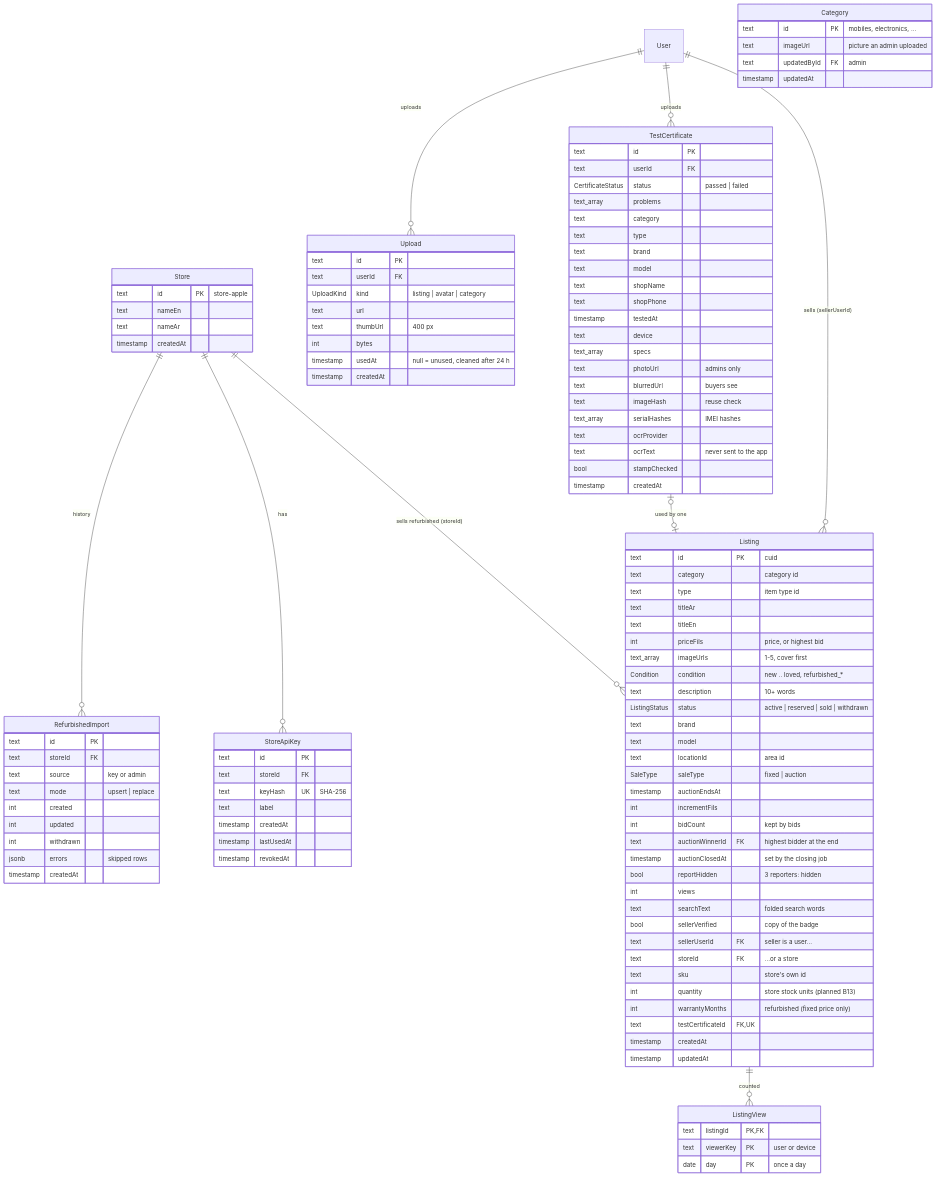
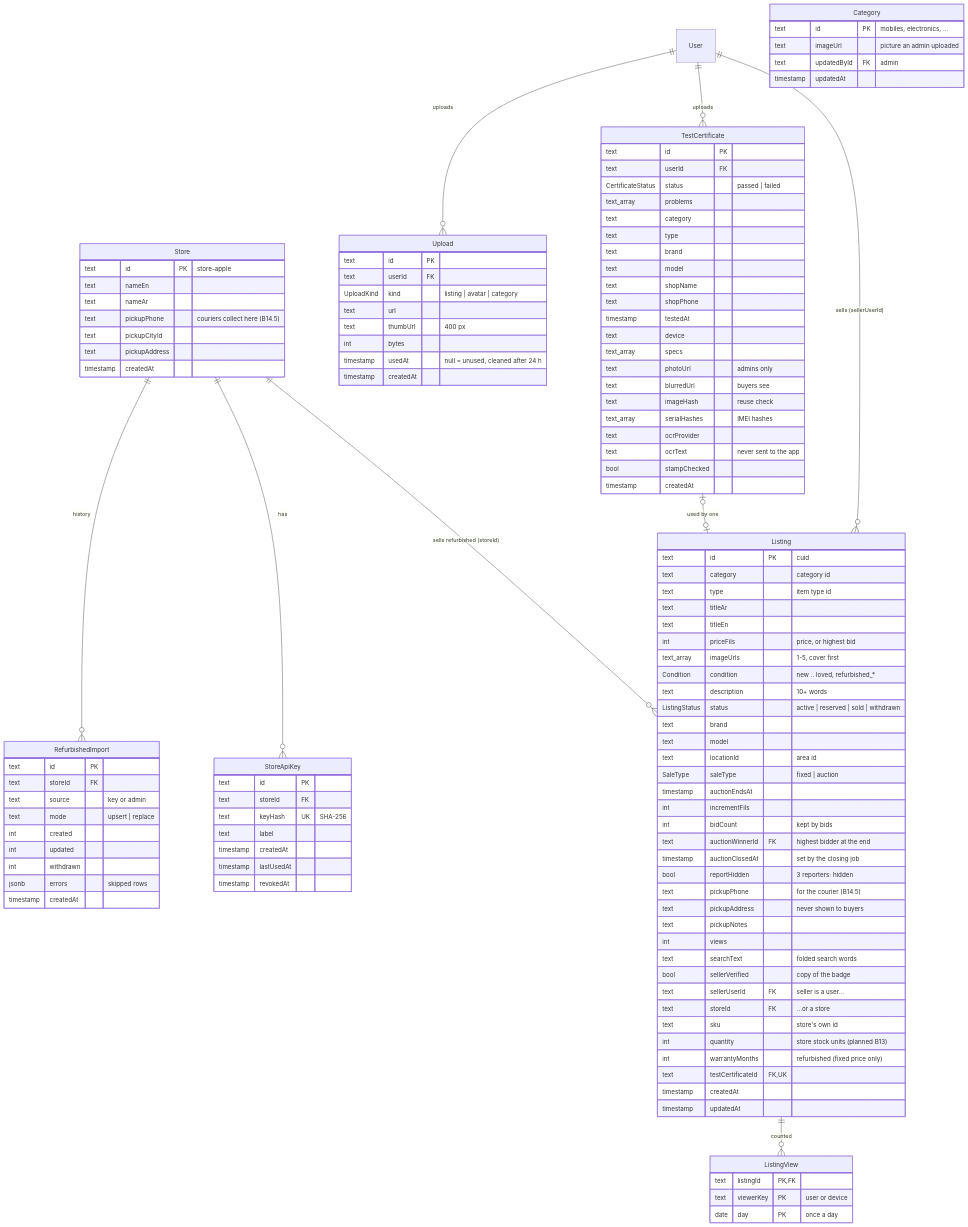
Before and after one commit to mustafa-kilany/madmoon-deals: the third of 6 diagrams in docs/DATABASE.md, drawn with Mermaid. The commit also changed 31 other files, not shown here.

```diff
--- a/docs/DATABASE.md
+++ b/docs/DATABASE.md
@@ -182,6 +182,9 @@
     text auctionWinnerId FK "highest bidder at the end"
     timestamp auctionClosedAt "set by the closing job"
     bool reportHidden "3 reporters: hidden"
+    text pickupPhone "for the courier (B14.5)"
+    text pickupAddress "never shown to buyers"
+    text pickupNotes
     int views
     text searchText "folded search words"
     bool sellerVerified "copy of the badge"
@@ -198,6 +201,9 @@
     text id PK "store-apple"
     text nameEn
     text nameAr
+    text pickupPhone "couriers collect here (B14.5)"
+    text pickupCityId
+    text pickupAddress
     timestamp createdAt
   }
   StoreApiKey {
```
